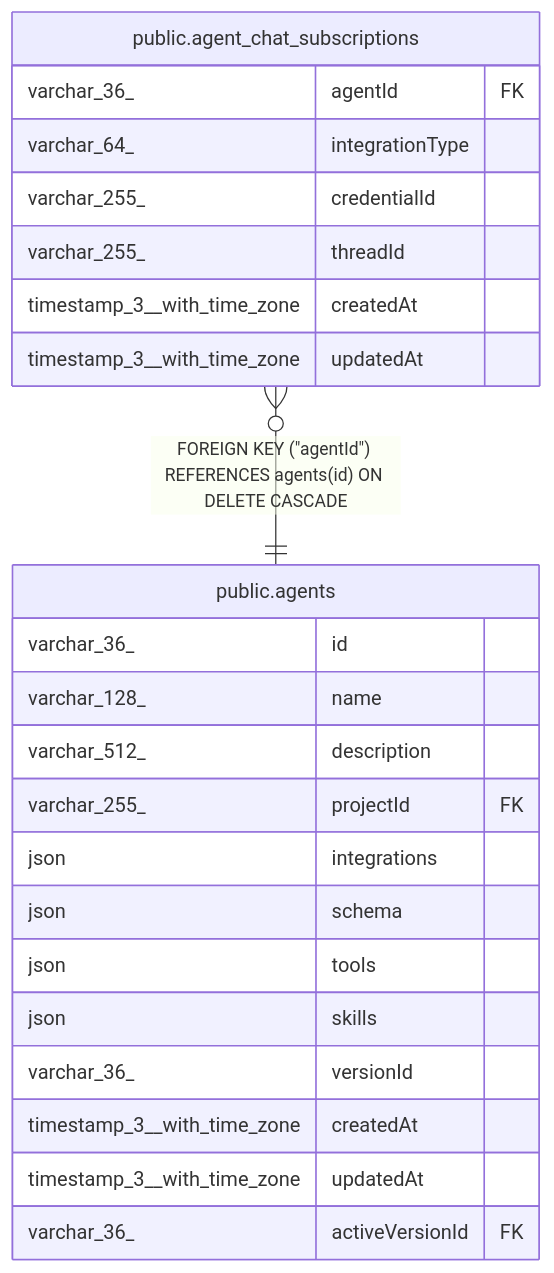
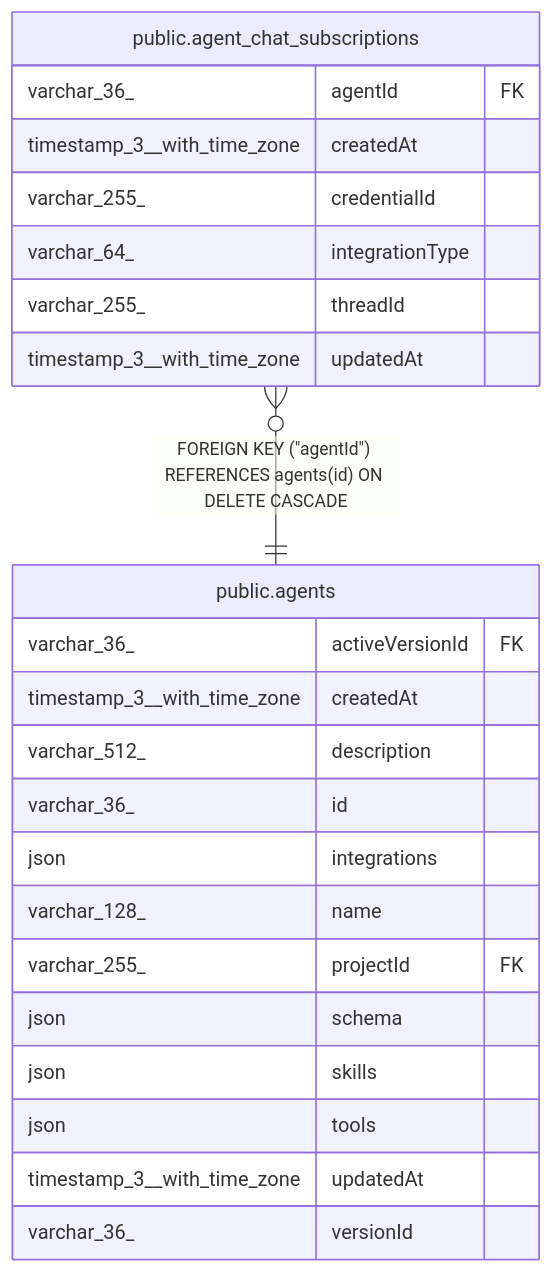
Before and after one commit to mayankjain1815-commits/n8n: the diagram in docs/generated/postgres-schema/public.agent_chat_subscriptions.md, drawn with Mermaid. The commit also changed other lines of this file and 221 other files, not shown here.

Commit message:
chore(core): Make DB schema docs generation deterministic (#32373)

````diff
--- a/docs/generated/postgres-schema/public.agent_chat_subscriptions.md
+++ b/docs/generated/postgres-schema/public.agent_chat_subscriptions.md
@@ -36,28 +36,28 @@
 ```mermaid
 erDiagram
 
 "public.agent_chat_subscriptions" }o--|| "public.agents" : "FOREIGN KEY (#quot;agentId#quot;) REFERENCES agents(id) ON DELETE CASCADE"
 
 "public.agent_chat_subscriptions" {
   varchar_36_ agentId FK
+  timestamp_3__with_time_zone createdAt
+  varchar_255_ credentialId
   varchar_64_ integrationType
-  varchar_255_ credentialId
   varchar_255_ threadId
-  timestamp_3__with_time_zone createdAt
   timestamp_3__with_time_zone updatedAt
 }
 "public.agents" {
+  varchar_36_ activeVersionId FK
+  timestamp_3__with_time_zone createdAt
+  varchar_512_ description
   varchar_36_ id
+  json integrations
   varchar_128_ name
-  varchar_512_ description
   varchar_255_ projectId FK
-  json integrations
   json schema
+  json skills
   json tools
-  json skills
+  timestamp_3__with_time_zone updatedAt
   varchar_36_ versionId
-  timestamp_3__with_time_zone createdAt
-  timestamp_3__with_time_zone updatedAt
-  varchar_36_ activeVersionId FK
 }
 ```
````
